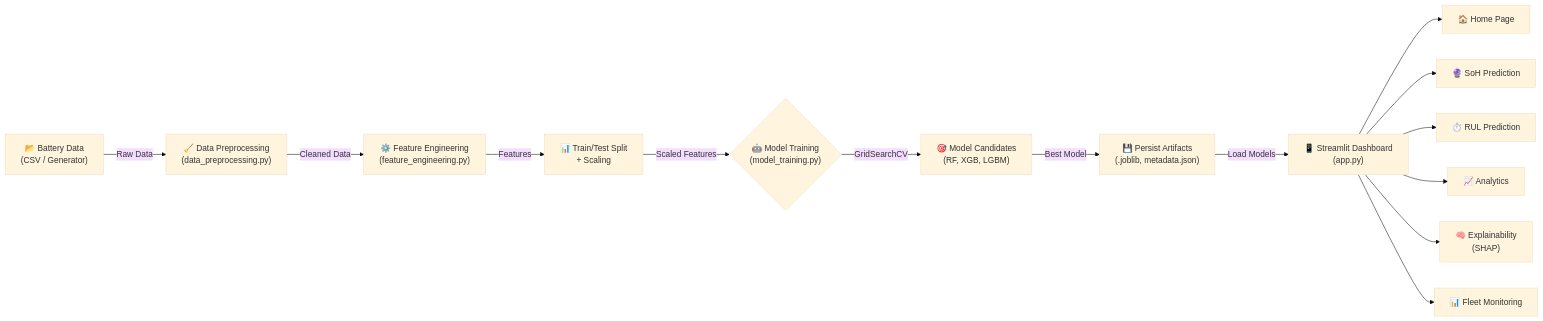
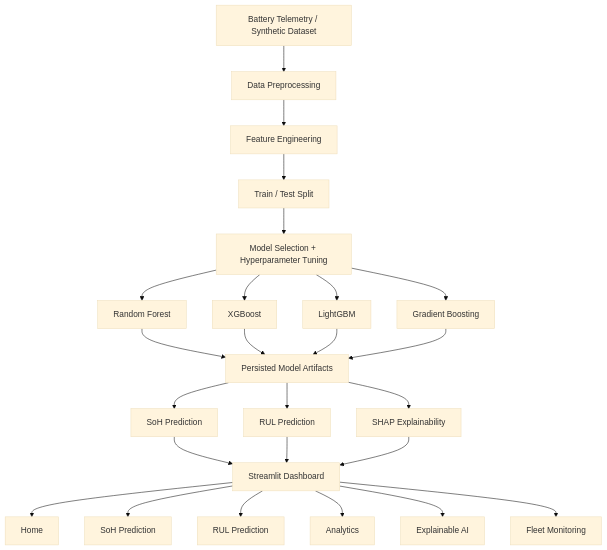
One commit to RITESH2127/-BATTERY-INTELLIGENCE-PLAYTFORM-2026-INTERSHIP-SWIFT-VOLT-VENTURES- changed the first of 2 diagrams in README.md. Above: the diagram before and after it, drawn with Mermaid (base theme). The commit also changed other lines of this file, not shown here.

Commit message:
docs: redesign battery intelligence README

````diff
--- a/README.md
+++ b/README.md
@@ -174,17 +70,32 @@
 ```mermaid
-flowchart LR
-    A["📂 Battery Data<br/>(CSV / Generator)"] -->|Raw Data| B["🧹 Data Preprocessing<br/>(data_preprocessing.py)"]
-    B -->|Cleaned Data| C["⚙️ Feature Engineering<br/>(feature_engineering.py)"]
-    C -->|Features| D["📊 Train/Test Split<br/>+ Scaling"]
-    D -->|Scaled Features| E{"🤖 Model Training<br/>(model_training.py)"}
-    E -->|GridSearchCV| F["🎯 Model Candidates<br/>(RF, XGB, LGBM)"]
-    F -->|Best Model| G["💾 Persist Artifacts<br/>(.joblib, metadata.json)"]
-    
-    G -->|Load Models| H["📱 Streamlit Dashboard<br/>(app.py)"]
-    H --> H1["🏠 Home Page"]
-    H --> H2["🔮 SoH Prediction"]
-    H --> H3["⏱️ RUL Prediction"]
-    H --> H4["📈 Analytics"]
-    H --> H5["🧠 Explainability<br/>(SHAP)"]
-    H --> H6["📊 Fleet Monitoring"]
+flowchart TD
+    A["Battery Telemetry / Synthetic Dataset"] --> B["Data Preprocessing"]
+    B --> C["Feature Engineering"]
+    C --> D["Train / Test Split"]
+    D --> E["Model Selection + Hyperparameter Tuning"]
+
+    E --> E1["Random Forest"]
+    E --> E2["XGBoost"]
+    E --> E3["LightGBM"]
+    E --> E4["Gradient Boosting"]
+
+    E1 --> F["Persisted Model Artifacts"]
+    E2 --> F
+    E3 --> F
+    E4 --> F
+
+    F --> G["SoH Prediction"]
+    F --> H["RUL Prediction"]
+    F --> I["SHAP Explainability"]
+
+    G --> J["Streamlit Dashboard"]
+    H --> J
+    I --> J
+
+    J --> J1["Home"]
+    J --> J2["SoH Prediction"]
+    J --> J3["RUL Prediction"]
+    J --> J4["Analytics"]
+    J --> J5["Explainable AI"]
+    J --> J6["Fleet Monitoring"]
 ```
````
